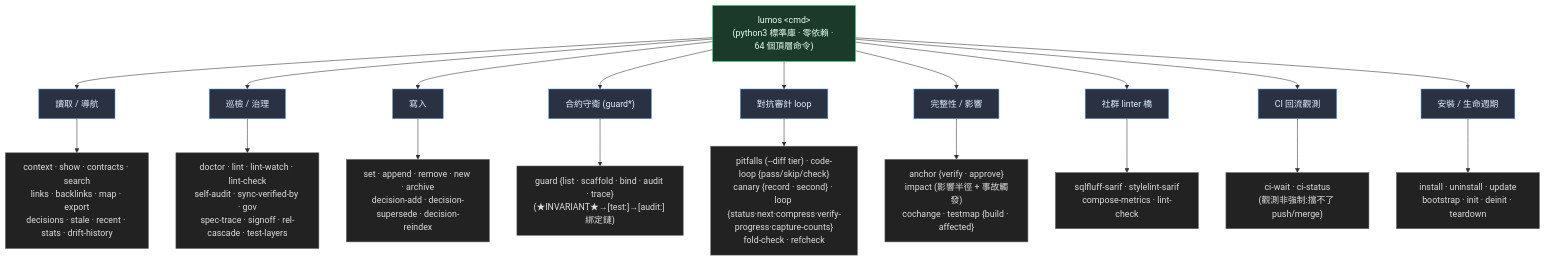
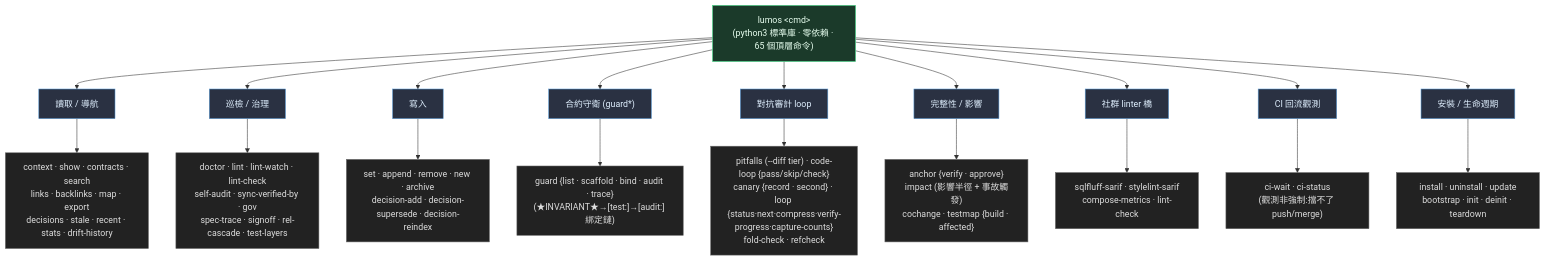
The third of 4 diagrams in ARCHITECTURE.md (EnzoHsieh-Android/Lumos), drawn with Mermaid before and after one commit. The commit also changed other lines of this file and 9 other files, not shown here.

````diff
--- a/ARCHITECTURE.md
+++ b/ARCHITECTURE.md
@@ -99,31 +99,31 @@
 ```mermaid
 flowchart TB
-    ROOT["lumos &lt;cmd&gt;<br/>(python3 標準庫 · 零依賴 · 64 個頂層命令)"]
+    ROOT["lumos &lt;cmd&gt;<br/>(python3 標準庫 · 零依賴 · 65 個頂層命令)"]
 
     ROOT --> READ["讀取 / 導航"]
     ROOT --> HEALTH["巡檢 / 治理"]
     ROOT --> WRITE["寫入"]
     ROOT --> GUARD["合約守衛 (guard*)"]
     ROOT --> LOOP["對抗審計 loop"]
     ROOT --> INTEG["完整性 / 影響"]
     ROOT --> SARIF["社群 linter 橋"]
     ROOT --> CI["CI 回流觀測"]
     ROOT --> LIFE["安裝 / 生命週期"]
 
     READ --> R["context · show · contracts · search<br/>links · backlinks · map · export<br/>decisions · stale · recent · stats · drift-history"]
     HEALTH --> H["doctor · lint · lint-watch · lint-check<br/>self-audit · sync-verified-by · gov<br/>spec-trace · signoff · rel-cascade · test-layers"]
     CI --> C["ci-wait · ci-status<br/>(觀測非強制:擋不了 push/merge)"]
     WRITE --> W["set · append · remove · new · archive<br/>decision-add · decision-supersede · decision-reindex"]
     GUARD --> G["guard {list · scaffold · bind · audit · trace}<br/>(★INVARIANT★→[test:]→[audit:] 綁定鏈)"]
     LOOP --> LP["pitfalls (--diff tier) · code-loop {pass/skip/check}<br/>canary {record · second} · loop {status·next·compress·verify-progress·capture-counts}<br/>fold-check · refcheck"]
     INTEG --> I["anchor {verify · approve}<br/>impact (影響半徑 + 事故觸發)<br/>cochange · testmap {build · affected}"]
     SARIF --> ST["sqlfluff-sarif · stylelint-sarif<br/>compose-metrics · lint-check"]
     LIFE --> L["install · uninstall · update<br/>bootstrap · init · deinit · teardown"]
 
     classDef root fill:#1b3a2a,stroke:#3ddc84,color:#e8fff0
     classDef cat fill:#2a3142,stroke:#5a9bd6,color:#e0f0ff
     classDef leaf fill:#222,stroke:#666,color:#ddd
     class ROOT root
     class READ,HEALTH,WRITE,GUARD,LOOP,INTEG,SARIF,CI,LIFE cat
     class R,H,W,G,LP,I,ST,C,L leaf
 ```
````
